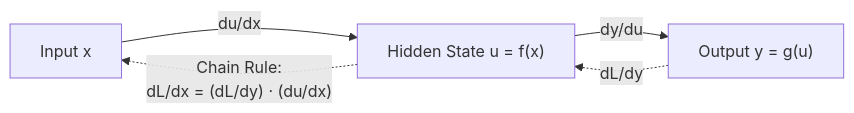
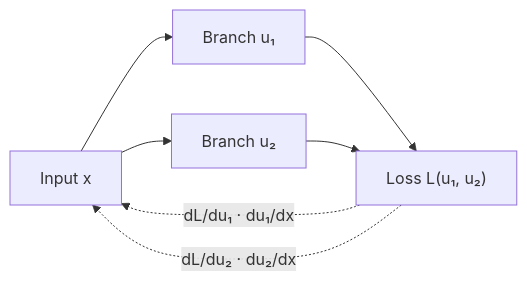
One commit to jashu-16/cv_engineering changed the seventh of 10 diagrams in docs/00-math-foundations/level-02-calculus-optimization.md. Above: the diagram before and after it, drawn with Mermaid. The commit also changed other lines of this file and 5 other files, not shown here.

````diff
--- a/docs/00-math-foundations/level-02-calculus-optimization.md
+++ b/docs/00-math-foundations/level-02-calculus-optimization.md
@@ -157,8 +470,10 @@
 ```mermaid
 flowchart LR
-    x["Input x"] -->|"du/dx"| u["Hidden State u = f(x)"]
-    u -->|"dy/du"| y["Output y = g(u)"]
+    x["Input x"] --> u1["Branch u₁"]
+    x --> u2["Branch u₂"]
+    u1 --> L["Loss L(u₁, u₂)"]
+    u2 --> L
     
-    y -.->|"dL/dy"| u
-    u -.->|"Chain Rule:\ndL/dx = (dL/dy) · (du/dx)"| x
+    L -.->|"dL/du₁ · du₁/dx"| x
+    L -.->|"dL/du₂ · du₂/dx"| x
 ```
````
